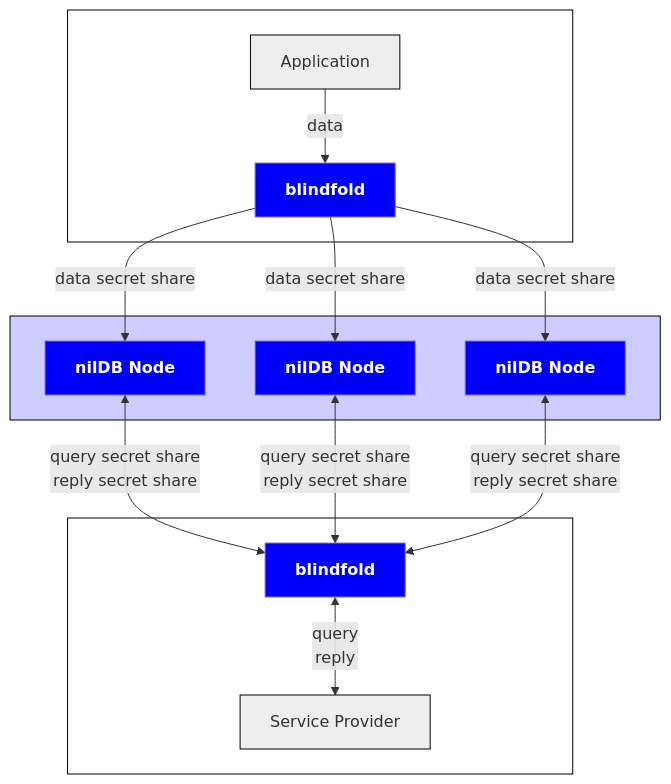
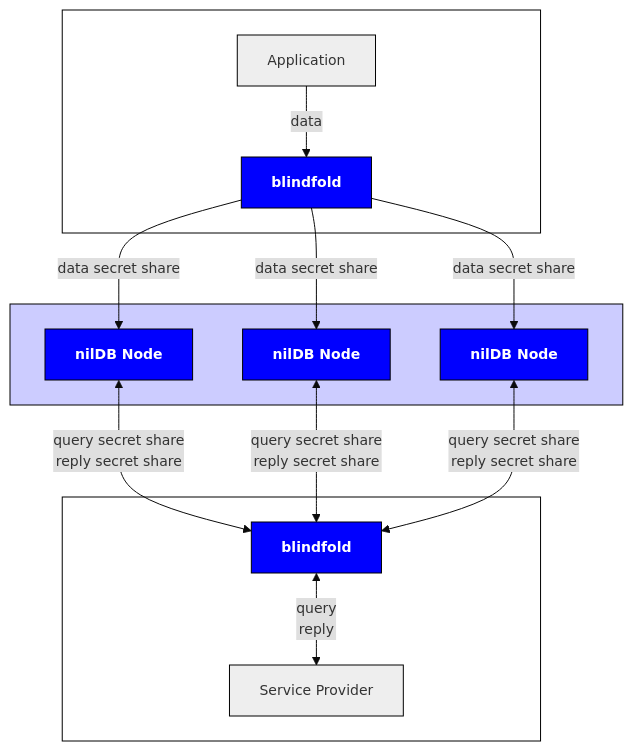
One commit to NillionNetwork/nillion-docs changed the first of 2 diagrams in docs/learn/blind-modules.md. Above: the diagram before and after it, drawn with Mermaid. The commit also changed other lines of this file and 2 other files, not shown here.

Commit message:
docs: updates to architecture and blind modules diagrams

````diff
--- a/docs/learn/blind-modules.md
+++ b/docs/learn/blind-modules.md
@@ -9,38 +9,50 @@
 ```mermaid
+%%{
+    init: {
+        'theme': 'base',
+        'themeVariables': {
+            'fontSize': '14px',
+            'primaryBorderColor': '#000000',
+            'secondaryBorderColor': '#000000',
+            'tertiaryBorderColor': '#000000',
+            'edgeLabelBackground': '#DFDFDF'
+        }
+    }
+}%%
 graph TD
 
     subgraph CLIENT [" "]
-    A
-    NILQL0
+        A
+        BLINDFOLD_CLIENT
     end
+    style CLIENT fill:#FFFFFF,stroke:#000000
+    style A fill:#EEEEEE,stroke:#000000
+    style BLINDFOLD_CLIENT fill:#0000FF,color:#FFFFFF
 
     subgraph NET [" "]
-    X
-    Y
-    Z
+        X
+        Y
+        Z
     end
-
-    subgraph SERVICE [" "]
-    NILQL1
-    R
-    end
-
-    A[Application] -->|data| NILQL0[<b>blindfold</b>]
-    NILQL0 -->|data secret share| X[<b>nilDB Node</b>]
-    NILQL0 -->|data secret share| Y[<b>nilDB Node</b>]
-    NILQL0 -->|data secret share| Z[<b>nilDB Node</b>]
-    X <-->|query secret share<br/>reply secret share| NILQL1[<b>blindfold</b>]
-    Y <-->|query secret share<br/>reply secret share| NILQL1
-    Z <-->|query secret share<br/>reply secret share| NILQL1
-    NILQL1 <-->|query<br/>reply| R[Service Provider]
-    style A fill:#EEEEEE,stroke:#000000
-    style NILQL0 fill:#0000FF,color:#FFFFFF
-    style NILQL1 fill:#0000FF,color:#FFFFFF
+    style NET fill:#CCCCFF,stroke:#000000
     style X fill:#0000FF,color:#FFFFFF
     style Y fill:#0000FF,color:#FFFFFF
     style Z fill:#0000FF,color:#FFFFFF
-    style CLIENT fill:#FFFFFF,stroke:#000000
-    style NET fill:#CCCCFF,stroke:#000000
+
+    subgraph SERVICE [" "]
+        BLINDFOLD_SERVICE
+        R
+    end
+    style SERVICE fill:#FFFFFF,stroke:#000000
+    style BLINDFOLD_SERVICE fill:#0000FF,color:#FFFFFF
     style R fill:#EEEEEE,stroke:#000000
-    style SERVICE fill:#FFFFFF,stroke:#000000
+
+    A[Application] -->|data| BLINDFOLD_CLIENT[<b>blindfold</b>]
+    BLINDFOLD_CLIENT -->|data secret share| X[<b>nilDB Node</b>]
+    BLINDFOLD_CLIENT -->|data secret share| Y[<b>nilDB Node</b>]
+    BLINDFOLD_CLIENT -->|data secret share| Z[<b>nilDB Node</b>]
+    X <-->|query secret share<br/>reply secret share| BLINDFOLD_SERVICE[<b>blindfold</b>]
+    Y <-->|query secret share<br/>reply secret share| BLINDFOLD_SERVICE
+    Z <-->|query secret share<br/>reply secret share| BLINDFOLD_SERVICE
+    BLINDFOLD_SERVICE <-->|query<br/>reply| R[Service Provider]
 ```
````
